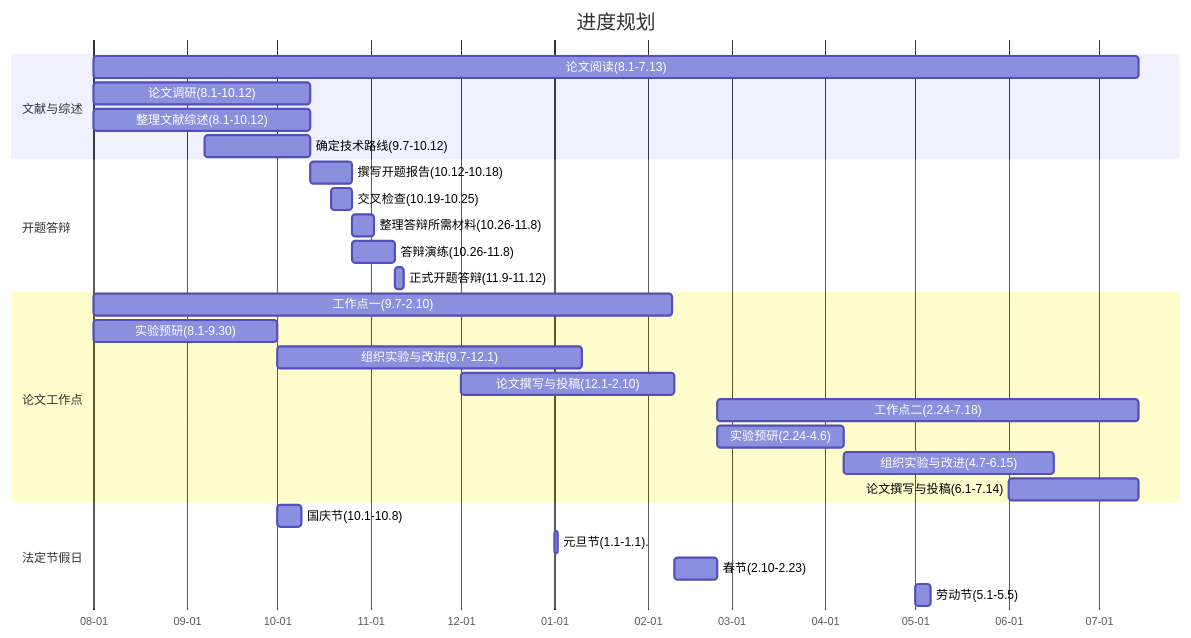
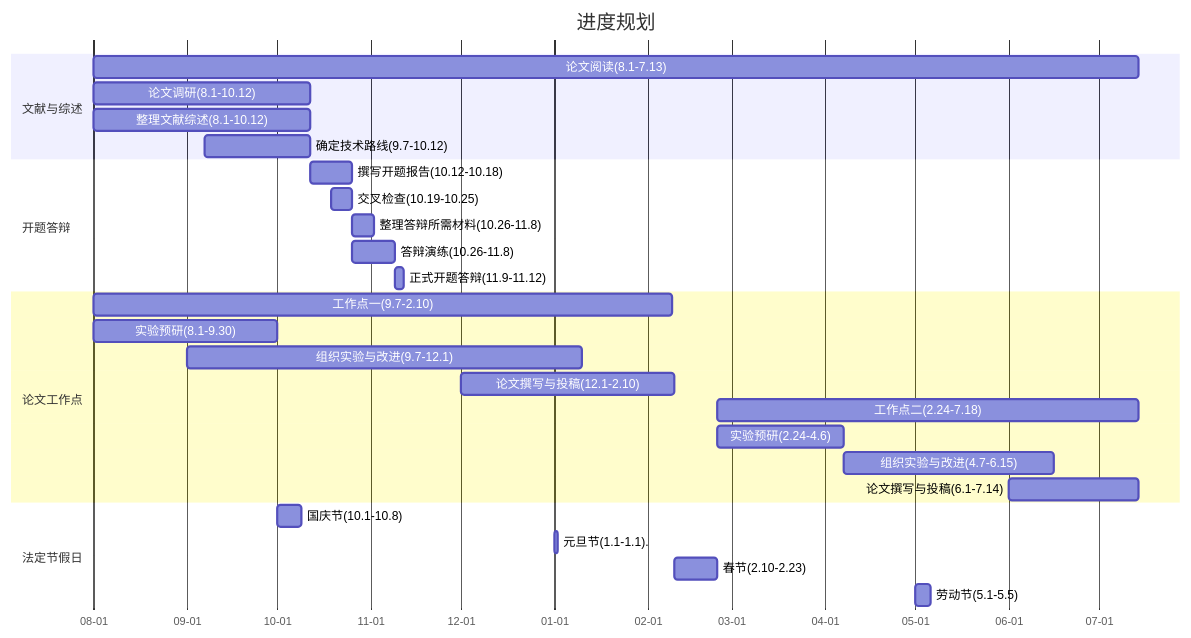
Before and after one commit to mejistus/iodraw-files: the diagram in all/未命名-3.md, drawn with Mermaid.

Commit message:
2025-07-27 12:00:28 update

````diff
--- a/all/未命名-3.md
+++ b/all/未命名-3.md
@@ -1,43 +1,43 @@
 ```mermaid
 gantt
     title 进度规划
     dateFormat  YYYY-MM-DD
     axisFormat  %m-%d
 
 
     section 文献与综述
     论文阅读(8.1-7.13)         :t1, 2025-08-01, 2026-07-14
     论文调研(8.1-10.12)            :t2, 2025-08-01, 2025-10-12
     整理文献综述(8.1-10.12)          :t3, 2025-08-01, 2025-10-12
     确定技术路线(9.7-10.12)         :t3, 2025-09-07, 2025-10-12
  
 
     section 开题答辩
     撰写开题报告(10.12-10.18)          :k1, 2025-10-12, 2w
     交叉检查(10.19-10.25)             :k2, 2025-10-19, 1w
     整理答辩所需材料(10.26-11.8)       :k3, after k2, 1w
     答辩演练(10.26-11.8)              :k3, after k2, 2w
     正式开题答辩(11.9-11.12)           :k3, 2025-11-09, 3d
 
     section 论文工作点
    
     工作点一(9.7-2.10)        :w11, 2025-08-01, 2026-02-09
     实验预研(8.1-9.30):w110,2025-08-01,2025-10-01
-    组织实验与改进(9.7-12.1):w111,2025-10-01,2026-01-10
+    组织实验与改进(9.7-12.1):w111,2025-09-01,2026-01-10
     论文撰写与投稿(12.1-2.10):w112,2025-12-01,2026-02-10
     
     工作点二(2.24-7.18)        :w2, 2026-02-24, 20w
     实验预研(2.24-4.6):w20,2026-02-24,6w
     组织实验与改进(4.7-6.15):w21,after w20,10w
     论文撰写与投稿(6.1-7.14):w22,2026-06-01,2026-07-14
 
     section 法定节假日
     国庆节(10.1-10.8)               :holiday, 2025-10-01,8d
     元旦节(1.1-1.1).                :holiday, 2026-01-01,1d
     春节(2.10-2.23)              :holiday, 2026-02-10, 2w
     劳动节(5.1-5.5)                  :holiday, 2026-05-01,5d
 
 
 
 
 ```
````
